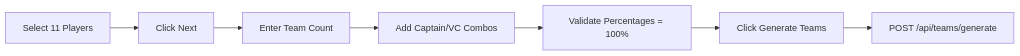
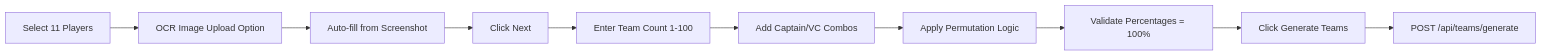
One commit to AI-Intern2025/dream11_multiteam_creation changed the first of 2 diagrams in STRATEGY2_DOCUMENTATION.md. Above: the diagram before and after it, drawn with Mermaid. The commit also changed other lines of this file and 105 other files, not shown here.

````diff
--- a/STRATEGY2_DOCUMENTATION.md
+++ b/STRATEGY2_DOCUMENTATION.md
@@ -34,9 +40,12 @@
 ```mermaid
 flowchart LR
-  A[Select 11 Players] --> B[Click Next]
-  B --> C[Enter Team Count]
-  C --> D[Add Captain/VC Combos]
-  D --> E[Validate Percentages = 100%]
-  E --> F[Click Generate Teams]
-  F --> G[POST /api/teams/generate]
+  A[Select 11 Players] --> B[OCR Image Upload Option]
+  B --> C[Auto-fill from Screenshot]
+  C --> D[Click Next]
+  D --> E[Enter Team Count 1-100]
+  E --> F[Add Captain/VC Combos]
+  F --> G[Apply Permutation Logic]
+  G --> H[Validate Percentages = 100%]
+  H --> I[Click Generate Teams]
+  I --> J[POST /api/teams/generate]
 ```
````
